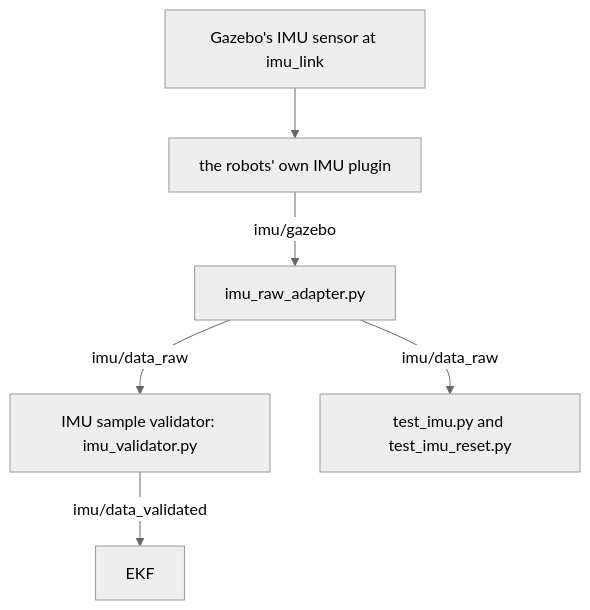
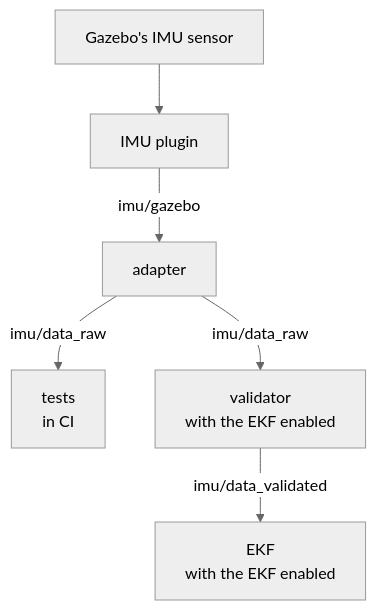
Before and after one commit to ros-mobile-robots/ros-mobile-robots.github.io: the diagram in docs/packages/imu/simulation/index.md, drawn with Mermaid (neutral theme). The commit also changed other lines of this file and 9 other files, not shown here.

````diff
--- a/docs/packages/imu/simulation/index.md
+++ b/docs/packages/imu/simulation/index.md
@@ -156,8 +46,8 @@
 ```mermaid
 graph TB
-  SENSOR["Gazebo's IMU sensor at imu_link"] --> PLUGIN["the robots' own IMU plugin"]
-  PLUGIN -->|imu/gazebo| ADAPTER[imu_raw_adapter.py]
-  ADAPTER -->|imu/data_raw| VALIDATOR[IMU sample validator: imu_validator.py]
-  VALIDATOR -->|imu/data_validated| EKF[EKF]
-  ADAPTER -->|imu/data_raw| TEST["test_imu.py and test_imu_reset.py"]
+  SENSOR["Gazebo's IMU sensor"] --> PLUGIN["IMU plugin"]
+  PLUGIN -->|imu/gazebo| ADAPTER["adapter"]
+  ADAPTER -->|imu/data_raw| TEST["tests<br/>in CI"]
+  ADAPTER -->|imu/data_raw| VALIDATOR["validator<br/>with the EKF enabled"]
+  VALIDATOR -->|imu/data_validated| EKF["EKF<br/>with the EKF enabled"]
 ```
````
